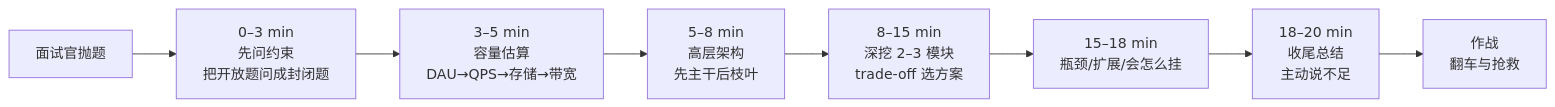
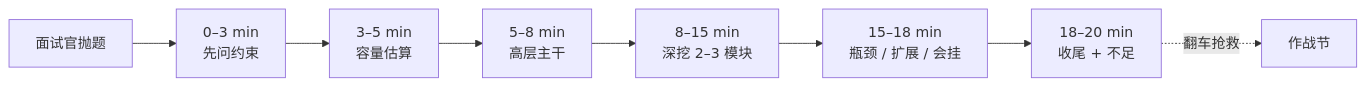
One commit to ml-cuizijun/LearnToLilith changed the first of 3 diagrams in 10-面试综合与系统设计/02-系统设计答题框架/知识点.md. Above: the diagram before and after it, drawn with Mermaid. The commit also changed other lines of this file and 178 other files, not shown here.

````diff
--- a/10-面试综合与系统设计/02-系统设计答题框架/知识点.md
+++ b/10-面试综合与系统设计/02-系统设计答题框架/知识点.md
@@ -19,10 +14,10 @@
 ```mermaid
 flowchart LR
-    START["面试官抛题"] --> ASK["0–3 min<br/>先问约束<br/>把开放题问成封闭题"]
-    ASK --> EST["3–5 min<br/>容量估算<br/>DAU→QPS→存储→带宽"]
-    EST --> ARCH["5–8 min<br/>高层架构<br/>先主干后枝叶"]
-    ARCH --> DEEP["8–15 min<br/>深挖 2–3 模块<br/>trade-off 选方案"]
-    DEEP --> EXPAND["15–18 min<br/>瓶颈/扩展/会怎么挂"]
-    EXPAND --> CLOSE["18–20 min<br/>收尾总结<br/>主动说不足"]
-    CLOSE --> TRAP["作战<br/>翻车与抢救"]
+    START["面试官抛题"] --> ASK["0–3 min<br/>先问约束"]
+    ASK --> EST["3–5 min<br/>容量估算"]
+    EST --> ARCH["5–8 min<br/>高层主干"]
+    ARCH --> DEEP["8–15 min<br/>深挖 2–3 模块"]
+    DEEP --> EXPAND["15–18 min<br/>瓶颈 / 扩展 / 会挂"]
+    EXPAND --> CLOSE["18–20 min<br/>收尾 + 不足"]
+    CLOSE -.->|翻车抢救| TRAP["作战节"]
 ```
````
